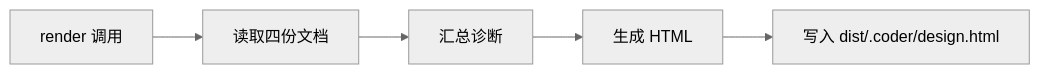
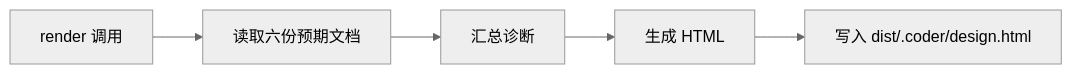
Before and after one commit to Cangjier/coder: the seventh of 7 diagrams in .coder/design/architecture.md, drawn with Mermaid (neutral theme). The commit also changed other lines of this file and 25 other files, not shown here.

````diff
--- a/.coder/design/architecture.md
+++ b/.coder/design/architecture.md
@@ -100,7 +118,7 @@
 ```mermaid
 flowchart LR
-  A[render 调用] --> B[读取四份文档]
+  A[render 调用] --> B[读取六份预期文档]
   B --> C[汇总诊断]
   C --> D[生成 HTML]
   D --> E[写入 dist/.coder/design.html]
 ```
````
